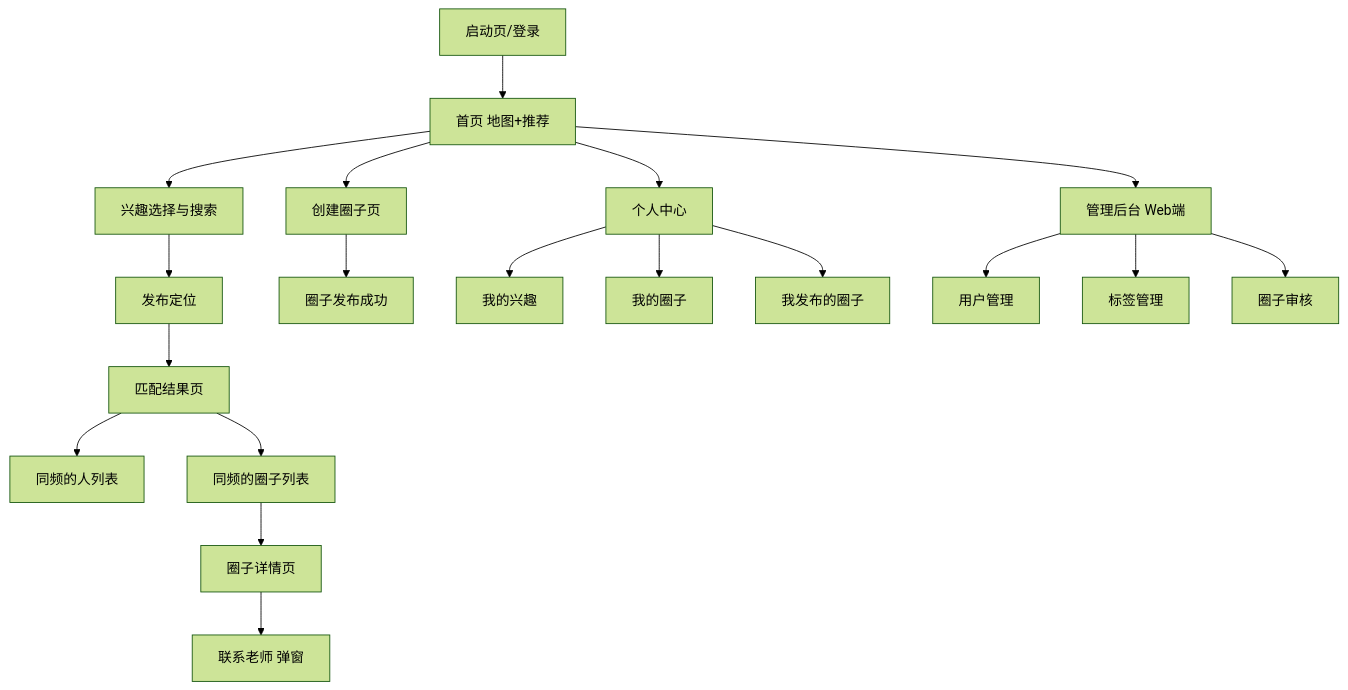
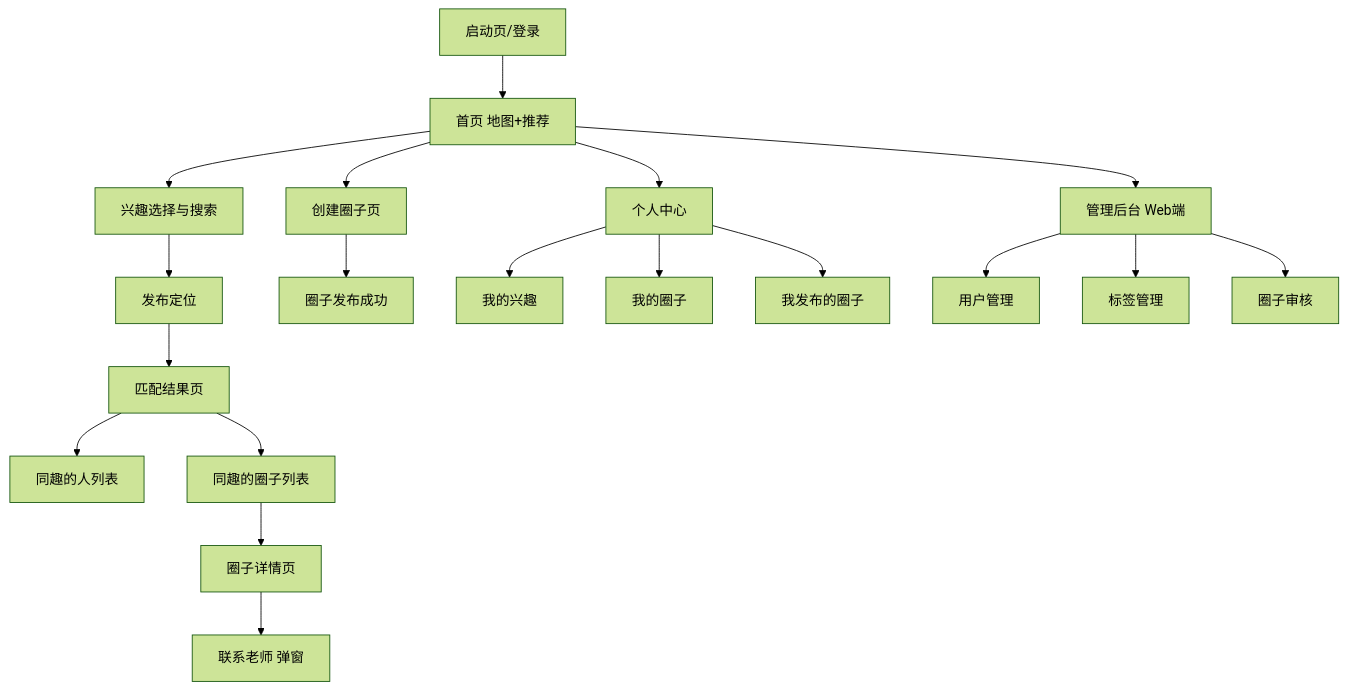
One commit to shine-apps/frenquency_circle changed the first of 11 diagrams in docs/functional-design.md. Above: the diagram before and after it, drawn with Mermaid (forest theme). The commit also changed other lines of this file and 29 other files, not shown here.

````diff
--- a/docs/functional-design.md
+++ b/docs/functional-design.md
@@ -19,21 +19,21 @@
 ```mermaid
 flowchart TD
     A[启动页/登录] --> B[首页 地图+推荐]
     B --> C[兴趣选择与搜索]
     C --> D[发布定位]
     D --> E[匹配结果页]
-    E --> E1[同频的人列表]
-    E --> E2[同频的圈子列表]
+    E --> E1[同趣的人列表]
+    E --> E2[同趣的圈子列表]
     E2 --> F[圈子详情页]
     F --> G[联系老师 弹窗]
     B --> H[创建圈子页]
     H --> I[圈子发布成功]
     B --> J[个人中心]
     J --> K[我的兴趣]
     J --> L[我的圈子]
     J --> M[我发布的圈子]
     B --> N[管理后台 Web端]
     N --> N1[用户管理]
     N --> N2[标签管理]
     N --> N3[圈子审核]
 ```
````
